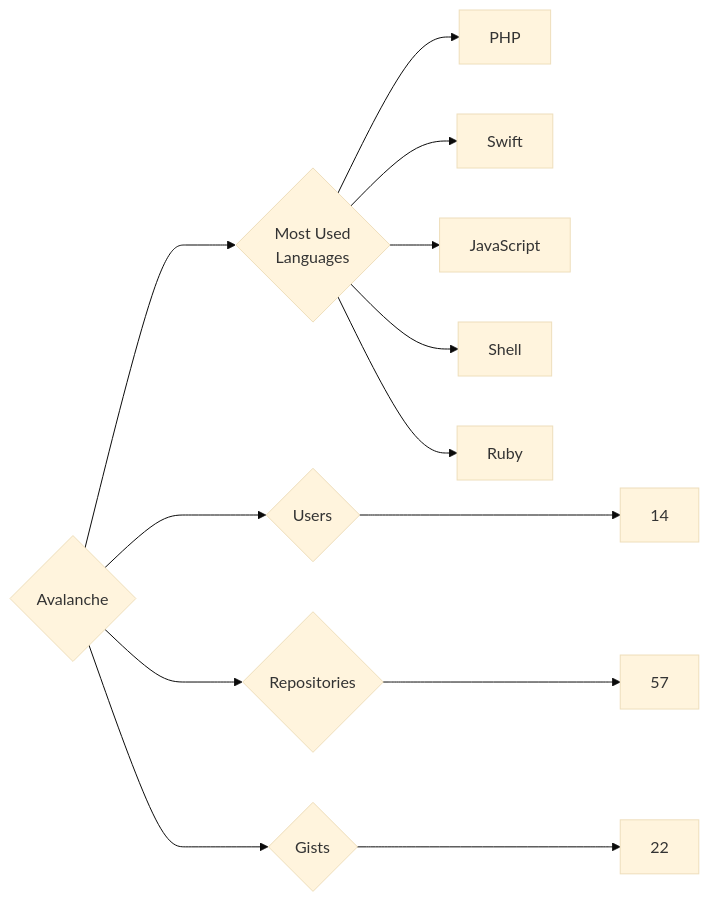
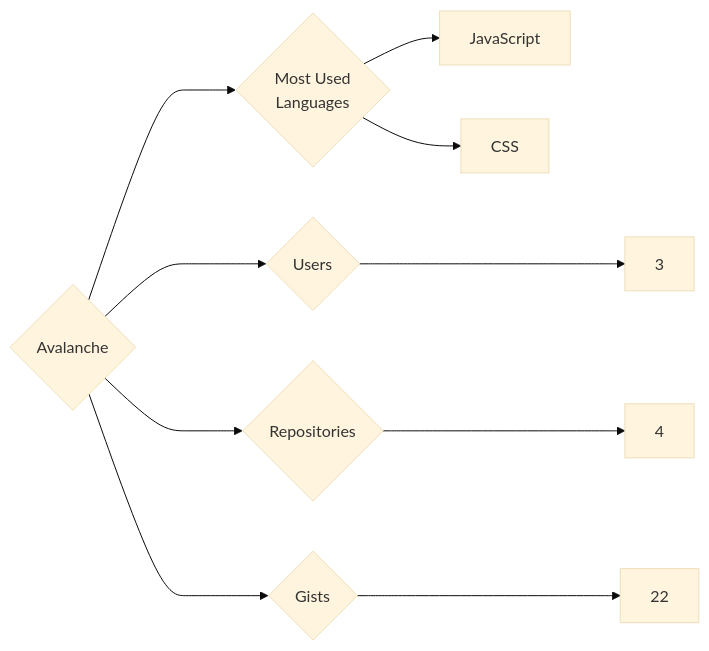
The diagram in targets/Avalanche/README.md (trickest/insiders), drawn with Mermaid (base theme) before and after one commit. The commit also changed 1020 other files, not shown here.

````diff
--- a/targets/Avalanche/README.md
+++ b/targets/Avalanche/README.md
@@ -3,13 +3,10 @@
 ```mermaid
 graph LR
 COMPANY_NAME{Avalanche}
-COMPANY_NAME ---> U{Users} ---> UN[14]
-COMPANY_NAME ---> R{Repositories} ---> RN[57]
+COMPANY_NAME ---> U{Users} ---> UN[3]
+COMPANY_NAME ---> R{Repositories} ---> RN[4]
 COMPANY_NAME ---> G{Gists} ---> GN[22]
 COMPANY_NAME ---> ML{Most Used<br>Languages}
-ML --> PHP[PHP]
-ML --> Swift[Swift]
 ML --> JavaScript[JavaScript]
-ML --> Shell[Shell]
-ML --> Ruby[Ruby]
+ML --> CSS[CSS]
 ```
````
